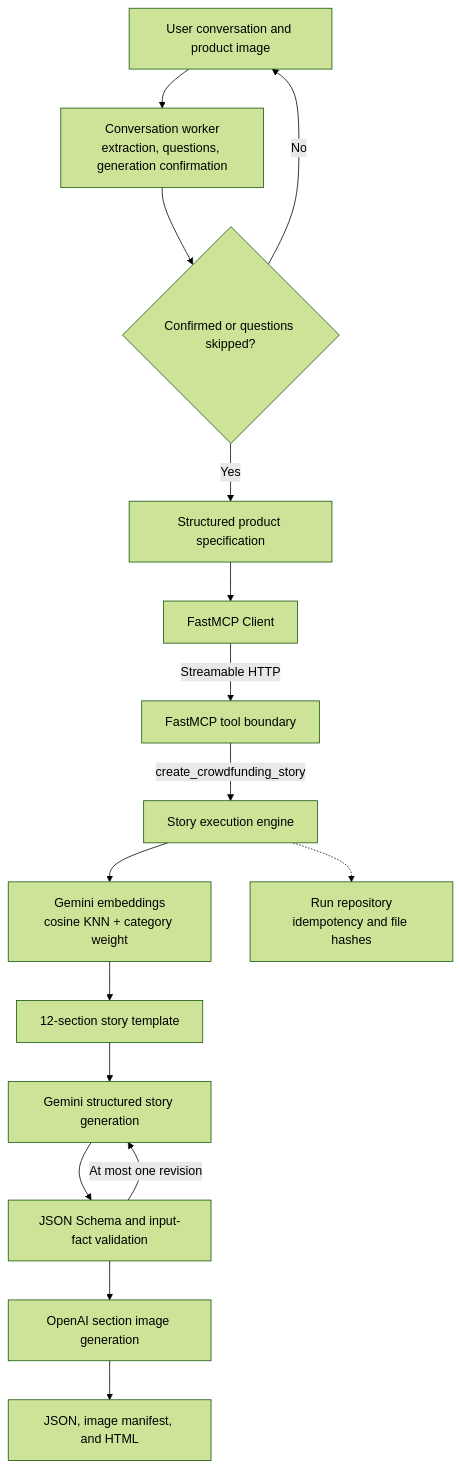
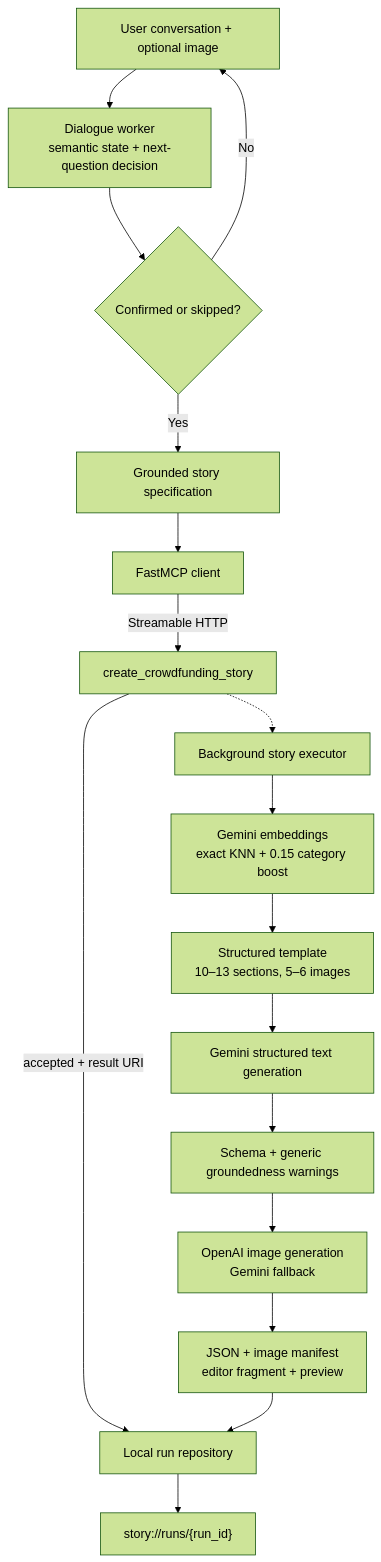
One commit to KT-Cloud-Tech-Up-team6/funding-story-ai changed the diagram in README.md. Above: the diagram before and after it, drawn with Mermaid (forest theme). The commit also changed other lines of this file and 56 other files, not shown here.

````diff
--- a/README.md
+++ b/README.md
@@ -214,21 +169,21 @@
 ```mermaid
 flowchart TB
-    U["User conversation and product image"] --> A["Conversation worker<br/>extraction, questions, generation confirmation"]
-    A --> Q{"Confirmed or questions skipped?"}
-    Q -->|"No"| U
-    Q -->|"Yes"| D["Structured product specification"]
+    U["User conversation + optional image"] --> W["Dialogue worker<br/>semantic state + next-question decision"]
+    W --> Q{"Confirmed or skipped?"}
+    Q -->|No| U
+    Q -->|Yes| B["Grounded story specification"]
 
-    D --> C["FastMCP Client"]
-    C -->|"Streamable HTTP"| M["FastMCP tool boundary"]
-    M -->|"create_crowdfunding_story"| E["Story execution engine"]
+    B --> C["FastMCP client"]
+    C -->|"Streamable HTTP"| M["create_crowdfunding_story"]
+    M -->|"accepted + result URI"| S["Local run repository"]
+    M -.-> E["Background story executor"]
 
-    E --> K["Gemini embeddings<br/>cosine KNN + category weight"]
-    K --> T["12-section story template"]
-    T --> G["Gemini structured story generation"]
-    G --> V["JSON Schema and input-fact validation"]
-    V -->|"At most one revision"| G
-    V --> I["OpenAI section image generation"]
-    I --> R["JSON, image manifest, and HTML"]
-
-    E -.-> L["Run repository<br/>idempotency and file hashes"]
+    E --> K["Gemini embeddings<br/>exact KNN + 0.15 category boost"]
+    K --> T["Structured template<br/>10–13 sections, 5–6 images"]
+    T --> G["Gemini structured text generation"]
+    G --> V["Schema + generic groundedness warnings"]
+    V --> I["OpenAI image generation<br/>Gemini fallback"]
+    I --> H["JSON + image manifest<br/>editor fragment + preview"]
+    H --> S
+    S --> R["story://runs/{run_id}"]
 ```
````
